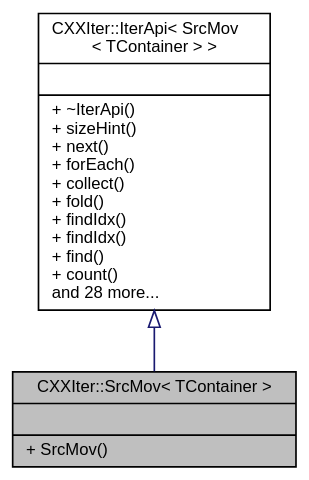
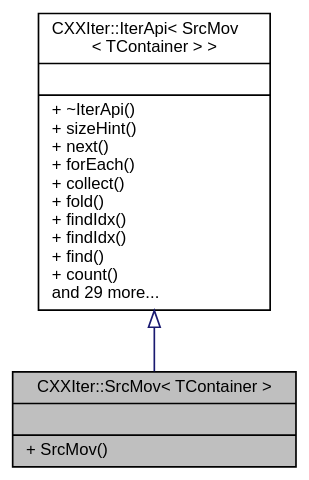
The diagram in classCXXIter_1_1SrcMov__inherit__graph.dot (seijikun/CXXIter), drawn with Graphviz before and after one commit. The commit also changed 23 other files, not shown here.

```diff
--- a/classCXXIter_1_1SrcMov__inherit__graph.dot
+++ b/classCXXIter_1_1SrcMov__inherit__graph.dot
@@ -1,11 +1,11 @@
 digraph "CXXIter::SrcMov&lt; TContainer &gt;"
 {
  // INTERACTIVE_SVG=YES
  // LATEX_PDF_SIZE
   bgcolor="transparent";
   edge [fontname="Helvetica",fontsize="10",labelfontname="Helvetica",labelfontsize="10"];
   node [fontname="Helvetica",fontsize="10",shape=record];
   Node1 [label="{CXXIter::SrcMov\< TContainer \>\n||+ SrcMov()\l}",height=0.2,width=0.4,color="black", fillcolor="grey75", style="filled", fontcolor="black",tooltip="CXXIter iterator source that takes over the input item source, and moves its items through the elemen..."];
   Node2 -> Node1 [dir="back",color="midnightblue",fontsize="10",style="solid",arrowtail="onormal",fontname="Helvetica"];
-  Node2 [label="{CXXIter::IterApi\< SrcMov\l\< TContainer \> \>\n||+ ~IterApi()\l+ sizeHint()\l+ next()\l+ forEach()\l+ collect()\l+ fold()\l+ findIdx()\l+ findIdx()\l+ find()\l+ count()\land 28 more...\l}",height=0.2,width=0.4,color="black",URL="$classCXXIter_1_1IterApi.html",tooltip=" "];
+  Node2 [label="{CXXIter::IterApi\< SrcMov\l\< TContainer \> \>\n||+ ~IterApi()\l+ sizeHint()\l+ next()\l+ forEach()\l+ collect()\l+ fold()\l+ findIdx()\l+ findIdx()\l+ find()\l+ count()\land 29 more...\l}",height=0.2,width=0.4,color="black",URL="$classCXXIter_1_1IterApi.html",tooltip=" "];
 }
```
